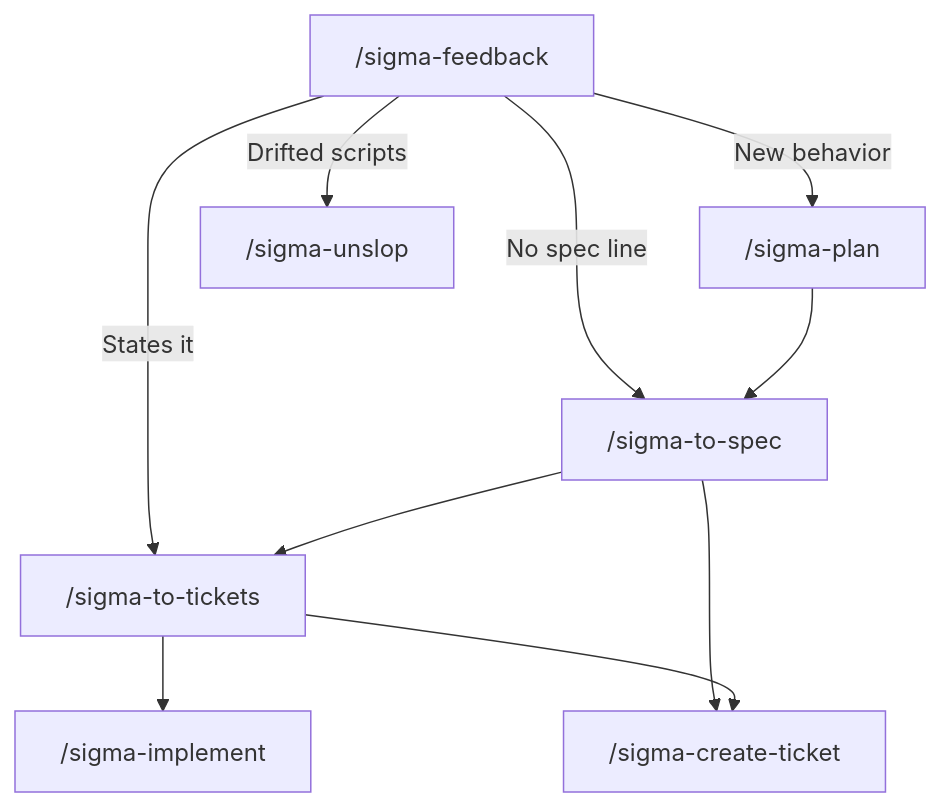
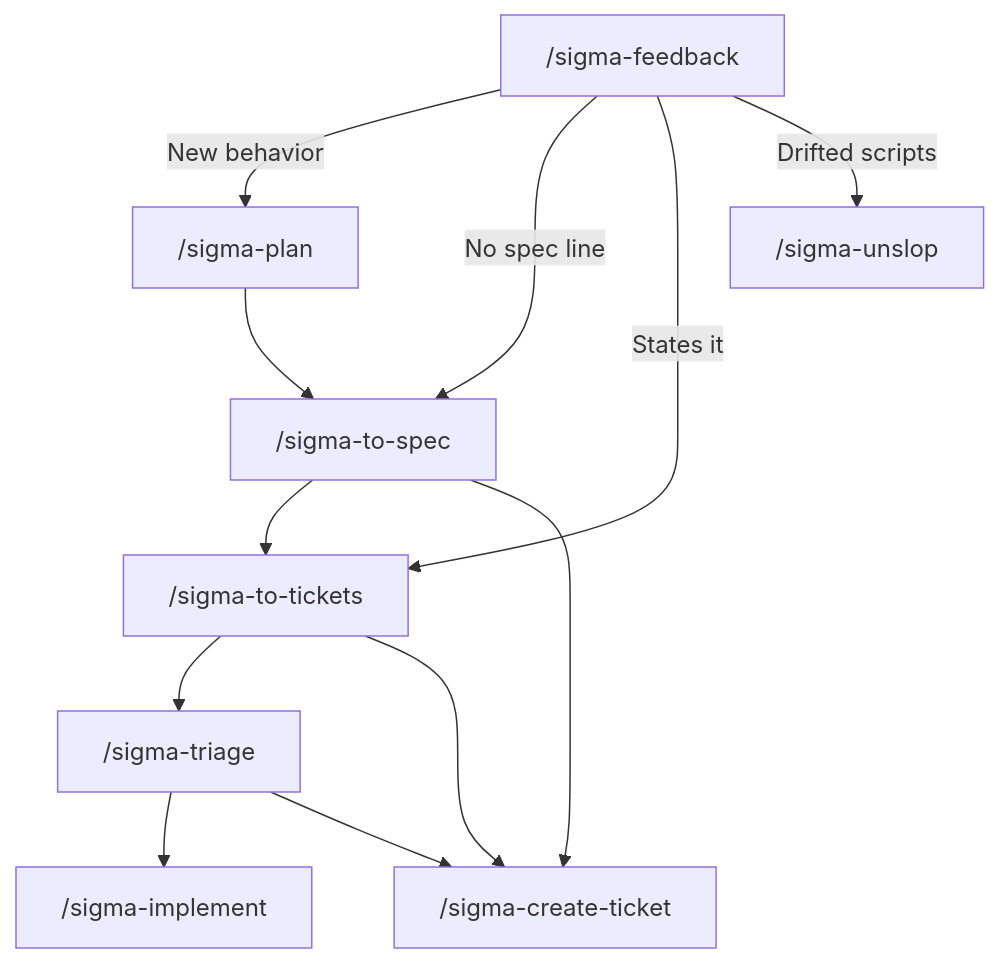
The second of 3 diagrams in README.md (sigma-michael/sigma-build-factory), drawn with Mermaid before and after one commit. The commit also changed other lines of this file and 6 other files, not shown here.

Commit message:
Add /sigma-triage so open tickets are checked before the first build. (#7)

````diff
--- a/README.md
+++ b/README.md
@@ -57,12 +59,14 @@
 ```mermaid
 flowchart TD
   feedback["/sigma-feedback"] -->|New behavior| plan["/sigma-plan"]
   feedback -->|No spec line| spec["/sigma-to-spec"]
   feedback -->|States it| tickets["/sigma-to-tickets"]
   feedback -->|Drifted scripts| unslop["/sigma-unslop"]
   plan --> spec
   spec --> tickets
-  tickets --> impl["/sigma-implement"]
+  tickets --> triage["/sigma-triage"]
+  triage --> impl["/sigma-implement"]
   spec --> file["/sigma-create-ticket"]
   tickets --> file
+  triage --> file
 ```
````
